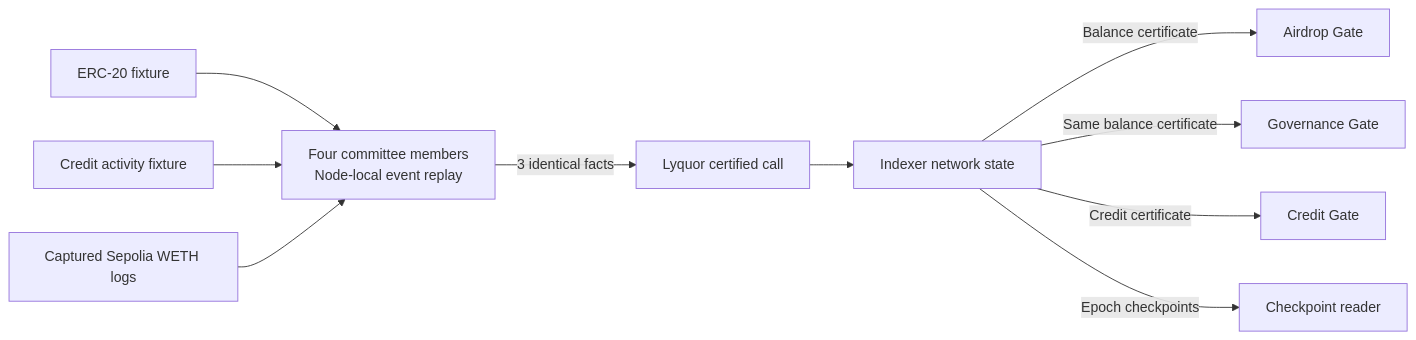
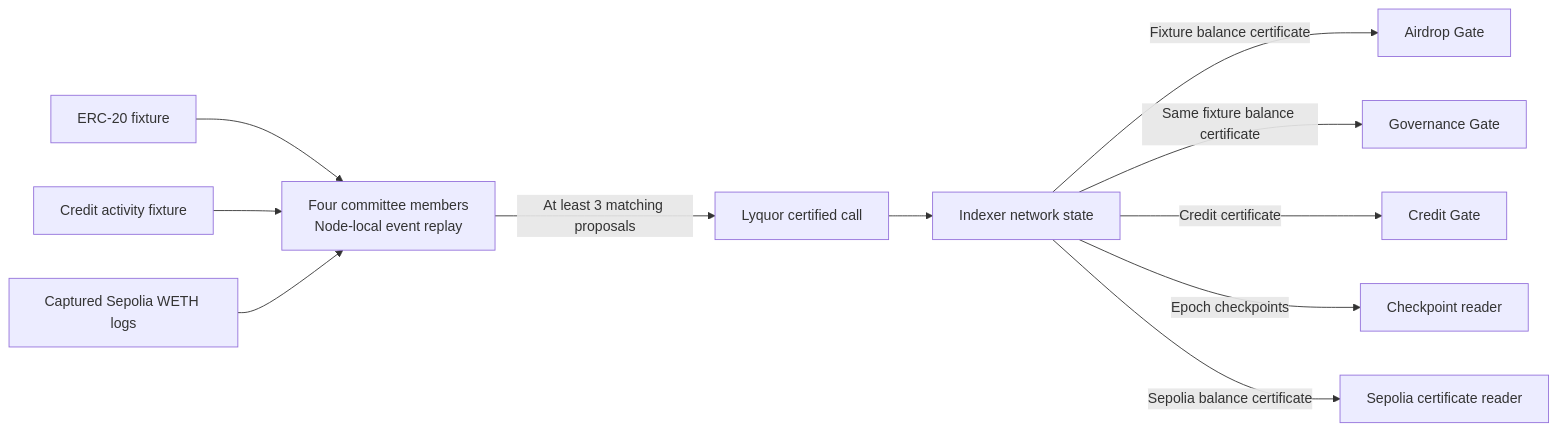
The diagram in docs/reports/CS5298_FINAL_REPORT_DRAFT.md (jerryluo0517-cyber/holderproof), drawn with Mermaid before and after one commit. The commit also changed other lines of this file, not shown here.

Commit message:
Improve clarity and flow of the CS5298 report draft

````diff
--- a/docs/reports/CS5298_FINAL_REPORT_DRAFT.md
+++ b/docs/reports/CS5298_FINAL_REPORT_DRAFT.md
@@ -31,12 +31,13 @@
 ```mermaid
 flowchart LR
     A["ERC-20 fixture"] --> D["Four committee members<br/>Node-local event replay"]
     B["Credit activity fixture"] --> D
     C["Captured Sepolia WETH logs"] --> D
-    D -->|"3 identical facts"| E["Lyquor certified call"]
+    D -->|"At least 3 matching proposals"| E["Lyquor certified call"]
     E --> I["Indexer network state"]
-    I -->|"Balance certificate"| F["Airdrop Gate"]
-    I -->|"Same balance certificate"| G["Governance Gate"]
+    I -->|"Fixture balance certificate"| F["Airdrop Gate"]
+    I -->|"Same fixture balance certificate"| G["Governance Gate"]
     I -->|"Credit certificate"| H["Credit Gate"]
     I -->|"Epoch checkpoints"| J["Checkpoint reader"]
+    I -->|"Sepolia balance certificate"| K["Sepolia certificate reader"]
 ```
````
